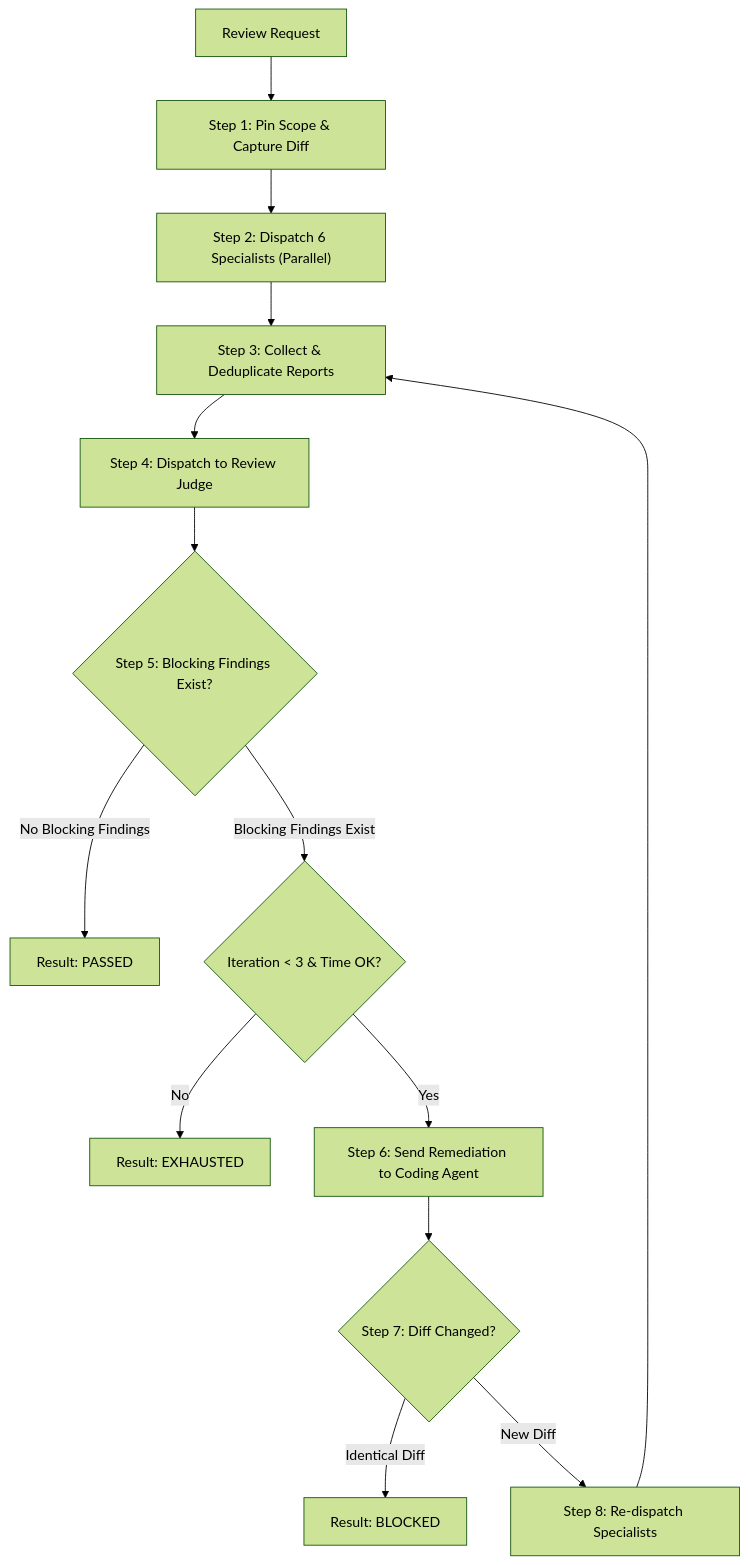
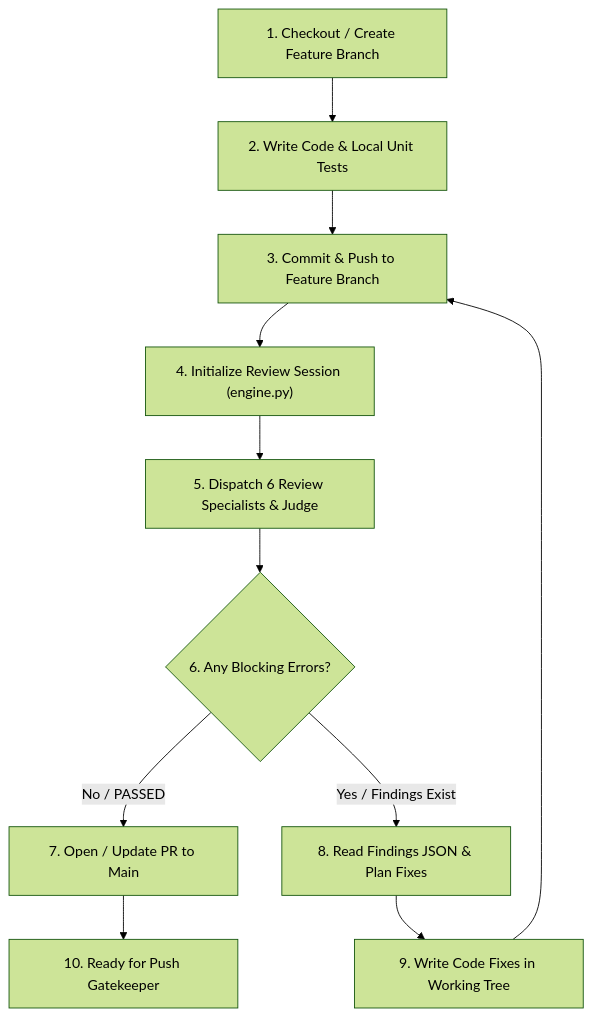
The diagram in .agents/agents/review-orchestrator/agent.md (jakej985-rgb/m3tal-core), drawn with Mermaid (forest theme) before and after one commit. The commit also changed other lines of this file and 3 other files, not shown here.

Commit message:
feat(agents): align push-gatekeeper for main releases and review-orchestrator for feature loop

````diff
--- a/.agents/agents/review-orchestrator/agent.md
+++ b/.agents/agents/review-orchestrator/agent.md
@@ -44,16 +48,13 @@
 ```mermaid
 flowchart TD
-    Start["Review Request"] --> Scope["Step 1: Pin Scope & Capture Diff"]
-    Scope --> Dispatch["Step 2: Dispatch 6 Specialists (Parallel)"]
-    Dispatch --> Collect["Step 3: Collect & Deduplicate Reports"]
-    Collect --> Judge["Step 4: Dispatch to Review Judge"]
-    Judge --> Evaluate{"Step 5: Blocking Findings Exist?"}
-    Evaluate -->|No Blocking Findings| Passed["Result: PASSED"]
-    Evaluate -->|Blocking Findings Exist| LimitCheck{"Iteration < 3 & Time OK?"}
-    LimitCheck -->|No| Exhausted["Result: EXHAUSTED"]
-    LimitCheck -->|Yes| Remediate["Step 6: Send Remediation to Coding Agent"]
-    Remediate --> VerifyDiff{"Step 7: Diff Changed?"}
-    VerifyDiff -->|Identical Diff| Blocked["Result: BLOCKED"]
-    VerifyDiff -->|New Diff| ReReview["Step 8: Re-dispatch Specialists"]
-    ReReview --> Collect
+    Branch["1. Checkout / Create Feature Branch"] --> Code["2. Write Code & Local Unit Tests"]
+    Code --> Push["3. Commit & Push to Feature Branch"]
+    Push --> InitReview["4. Initialize Review Session (engine.py)"]
+    InitReview --> Specialists["5. Dispatch 6 Review Specialists & Judge"]
+    Specialists --> CheckErrors{"6. Any Blocking Errors?"}
+    CheckErrors -->|No / PASSED| Clean["7. Open / Update PR to Main"]
+    CheckErrors -->|Yes / Findings Exist| Plan["8. Read Findings JSON & Plan Fixes"]
+    Plan --> Repair["9. Write Code Fixes in Working Tree"]
+    Repair --> Push
+    Clean --> Done["10. Ready for Push Gatekeeper"]
 ```
````
